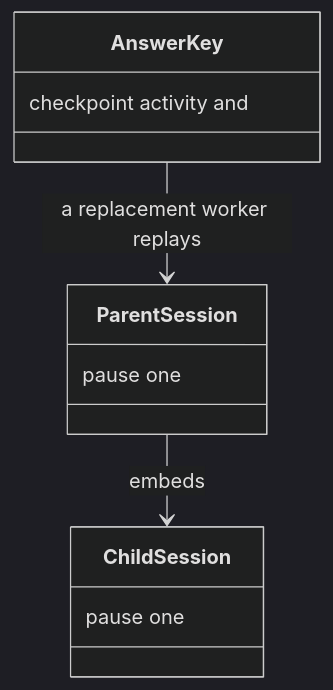
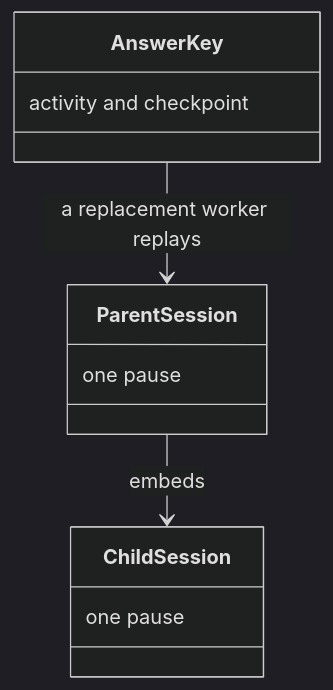
The sixth of 22 diagrams in docs/checkpoint.md (m2ux/workflow-server), drawn with Mermaid (dark theme) before and after one commit. The commit also changed other lines of this file and 10 other files, not shown here.

Commit message:
Write each class-box note in reading order so the diagram shows the phrase as written.

````diff
--- a/docs/checkpoint.md
+++ b/docs/checkpoint.md
@@ -129,14 +129,14 @@
 ```mermaid
 classDiagram
   class ParentSession {
-    pause one
+    one pause
   }
   class ChildSession {
-    pause one
+    one pause
   }
   class AnswerKey {
-    checkpoint activity and
+    activity and checkpoint
   }
   ParentSession --> ChildSession : embeds
   AnswerKey --> ParentSession : a replacement worker replays
 ```
````
